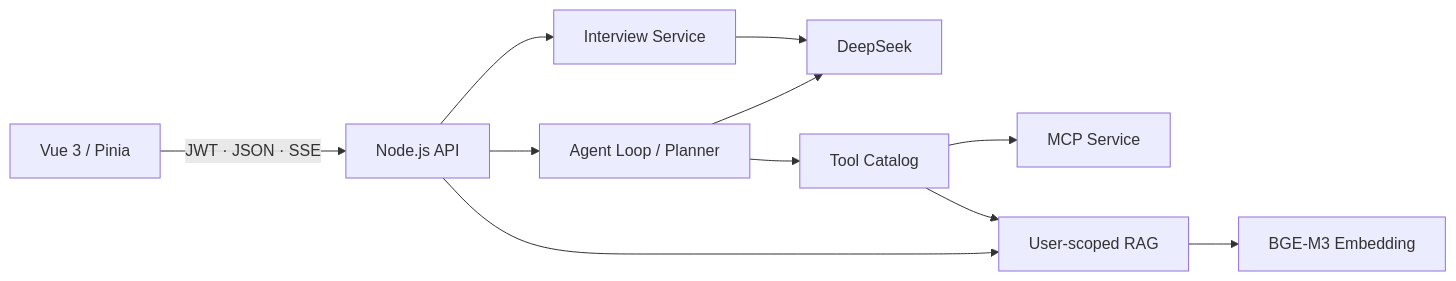
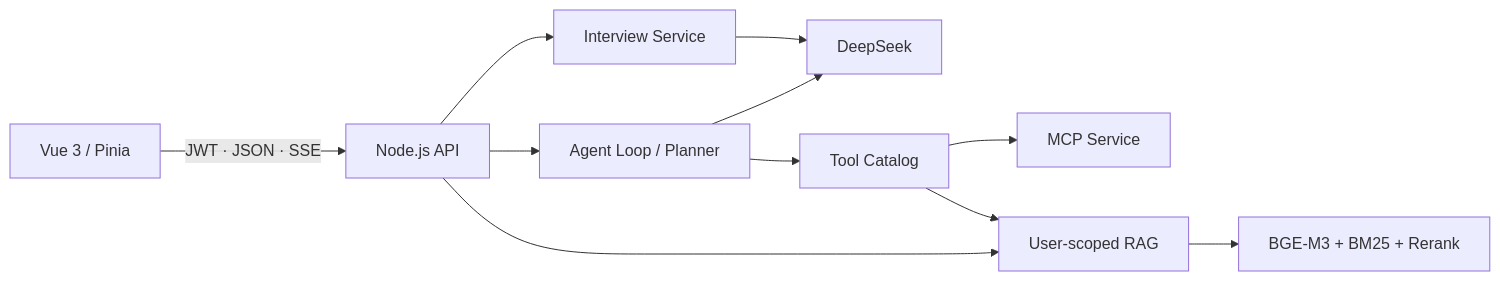
One commit to yiweiyih/InterviewOps changed the second of 2 diagrams in README.md. Above: the diagram before and after it, drawn with Mermaid. The commit also changed other lines of this file and 4 other files, not shown here.

Commit message:
feat: upgrade RAG hybrid retrieval

````diff
--- a/README.md
+++ b/README.md
@@ -69,13 +69,13 @@
 ```mermaid
 flowchart LR
     UI["Vue 3 / Pinia"] -->|"JWT · JSON · SSE"| API["Node.js API"]
     API --> INTERVIEW["Interview Service"]
     API --> AGENT["Agent Loop / Planner"]
     API --> RAG["User-scoped RAG"]
     INTERVIEW --> LLM["DeepSeek"]
     AGENT --> LLM
     AGENT --> TOOLS["Tool Catalog"]
     TOOLS --> MCP["MCP Service"]
     TOOLS --> RAG
-    RAG --> EMBEDDING["BGE-M3 Embedding"]
+    RAG --> RETRIEVAL["BGE-M3 + BM25 + Rerank"]
 ```
````
